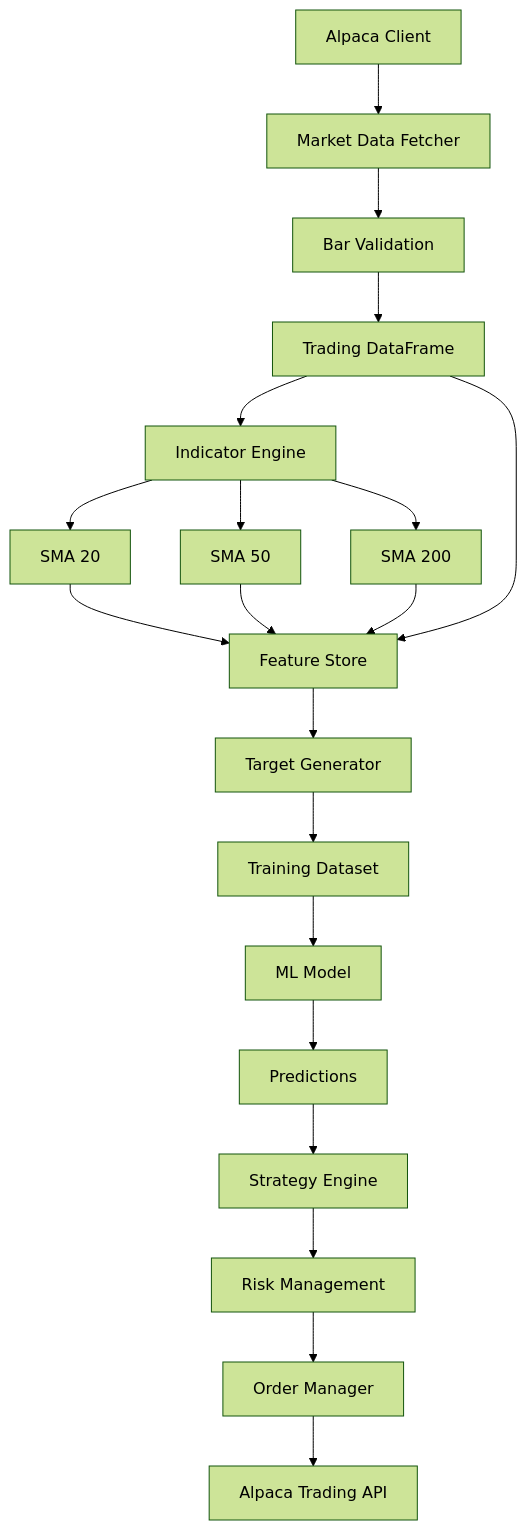
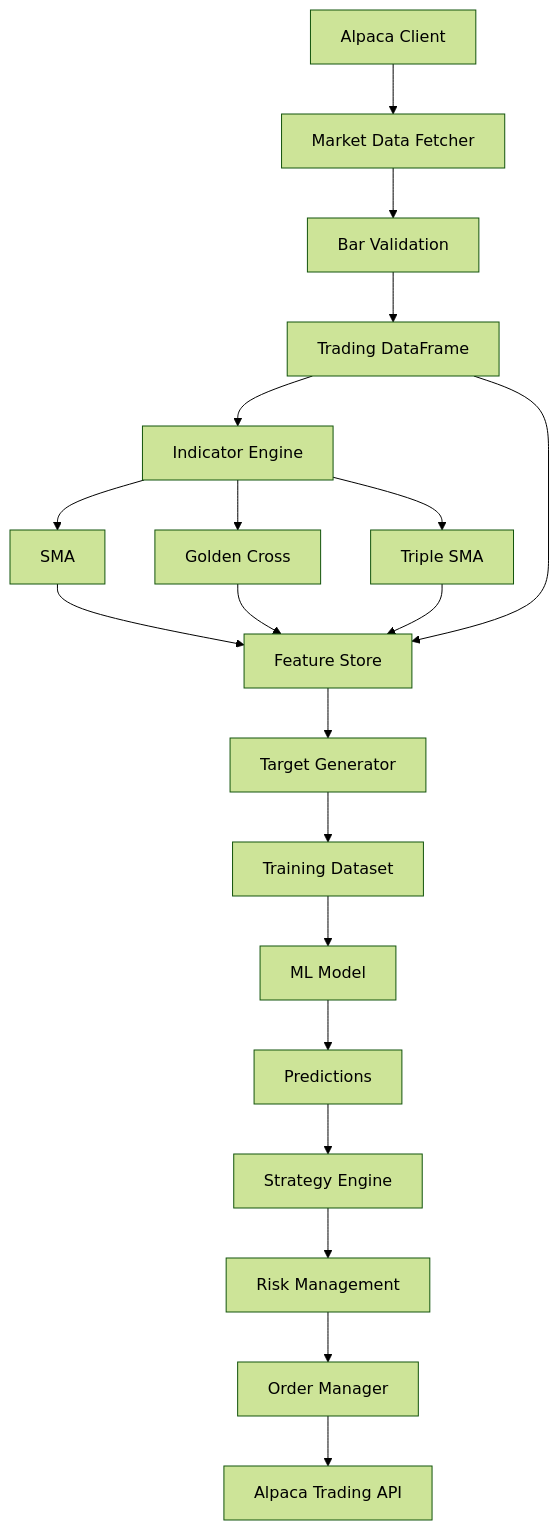
The diagram in README.md (knolestaylor-ops/Trading-Bot), drawn with Mermaid (forest theme) before and after one commit. The commit also changed 4 other files, not shown here.

````diff
--- a/README.md
+++ b/README.md
@@ -13,35 +13,35 @@
 ```mermaid
 flowchart TD
 
     A[Alpaca Client] --> B[Market Data Fetcher]
     B --> C[Bar Validation]
 
     C --> D[Trading DataFrame]
 
     D --> E[Indicator Engine]
 
-    E --> F[SMA 20]
-    E --> G[SMA 50]
-    E --> H[SMA 200]
+    E --> F[SMA]
+    E --> G[Golden Cross]
+    E --> H[Triple SMA]
 
     F --> I[Feature Store]
     G --> I
     H --> I
 
     D --> I
 
     I --> J[Target Generator]
 
     J --> K[Training Dataset]
 
     K --> L[ML Model]
     L --> M[Predictions]
 
     M --> N[Strategy Engine]
 
     N --> O[Risk Management]
 
     O --> P[Order Manager]
 
     P --> Q[Alpaca Trading API]
 ```
````
